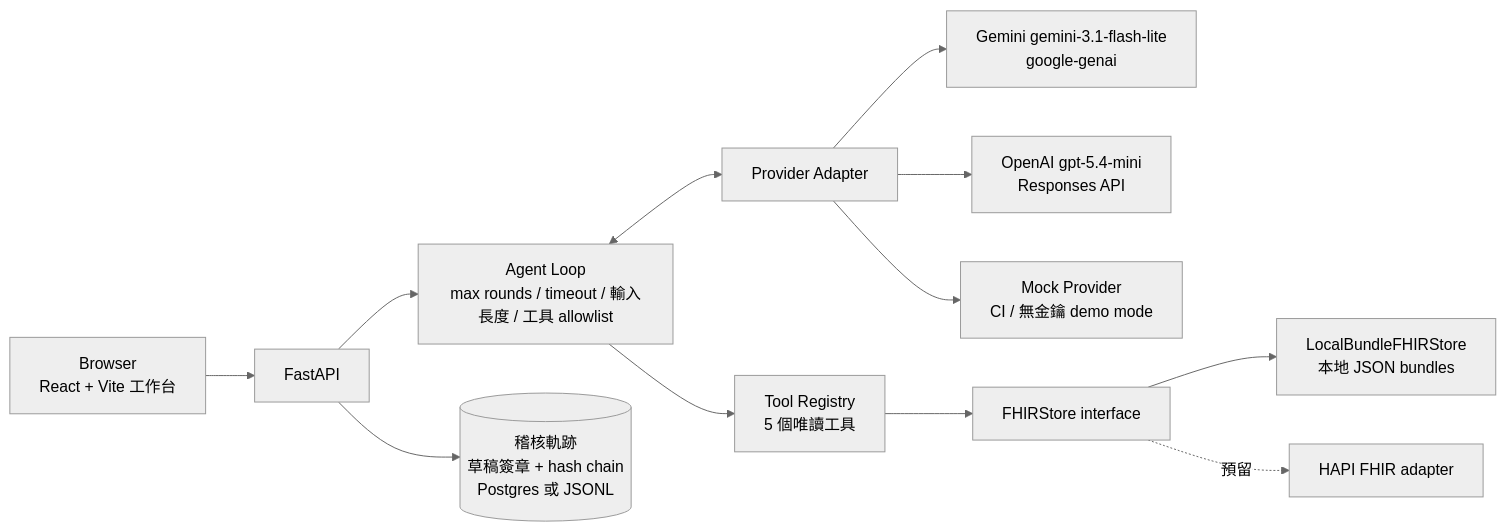
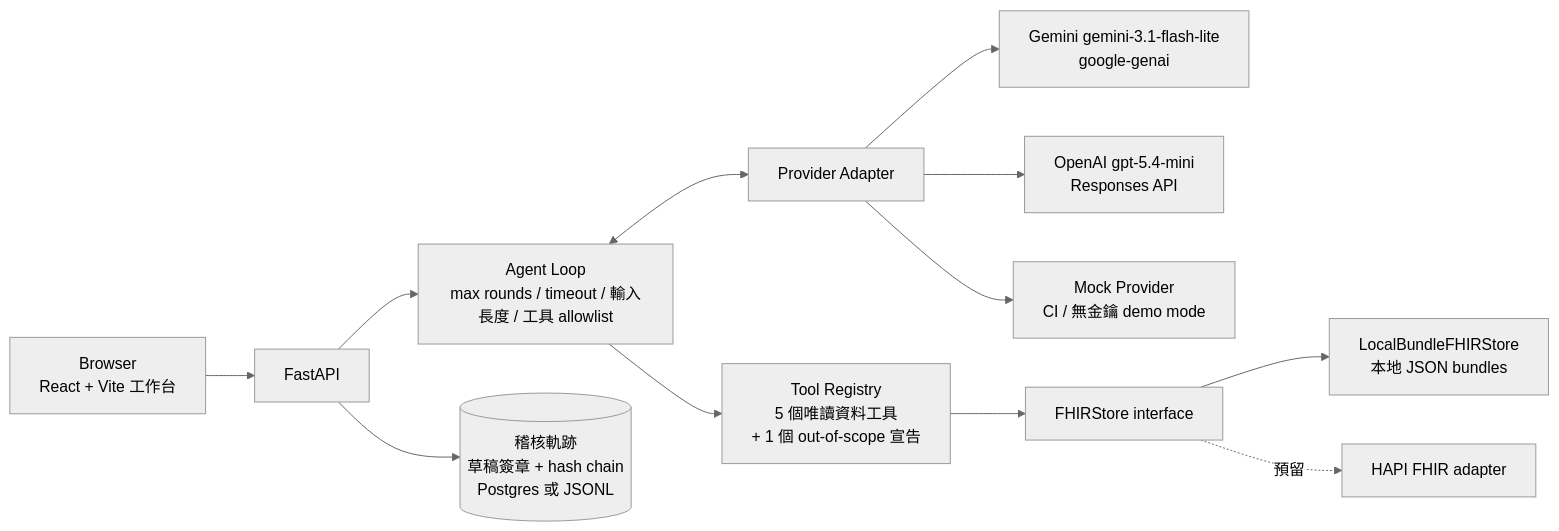
Before and after one commit to kuotunyu/fhir-care-copilot: the diagram in README.md, drawn with Mermaid (neutral theme). The commit also changed other lines of this file and 4 other files, not shown here.

````diff
--- a/README.md
+++ b/README.md
@@ -75,14 +75,14 @@
 ```mermaid
 flowchart LR
     U[Browser<br/>React + Vite 工作台] --> API[FastAPI]
     API --> AL[Agent Loop<br/>max rounds / timeout / 輸入長度 / 工具 allowlist]
     AL <--> P[Provider Adapter]
     P --> G[Gemini gemini-3.1-flash-lite<br/>google-genai]
     P --> O[OpenAI gpt-5.4-mini<br/>Responses API]
     P --> M[Mock Provider<br/>CI / 無金鑰 demo mode]
-    AL --> TR[Tool Registry<br/>5 個唯讀工具]
+    AL --> TR[Tool Registry<br/>5 個唯讀資料工具<br/>+ 1 個 out-of-scope 宣告]
     TR --> FS[FHIRStore interface]
     FS --> LB[LocalBundleFHIRStore<br/>本地 JSON bundles]
     FS -.預留.-> HAPI[HAPI FHIR adapter]
     API --> AUD[(稽核軌跡<br/>草稿簽章 + hash chain<br/>Postgres 或 JSONL)]
 ```
````
